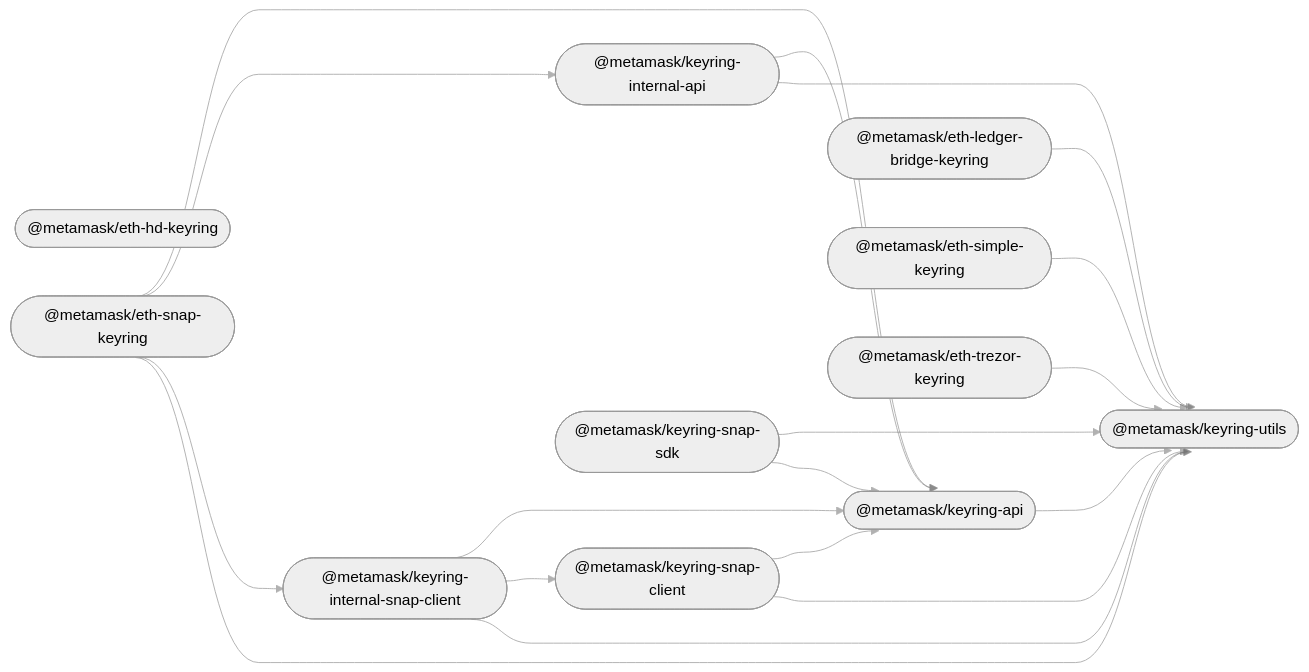
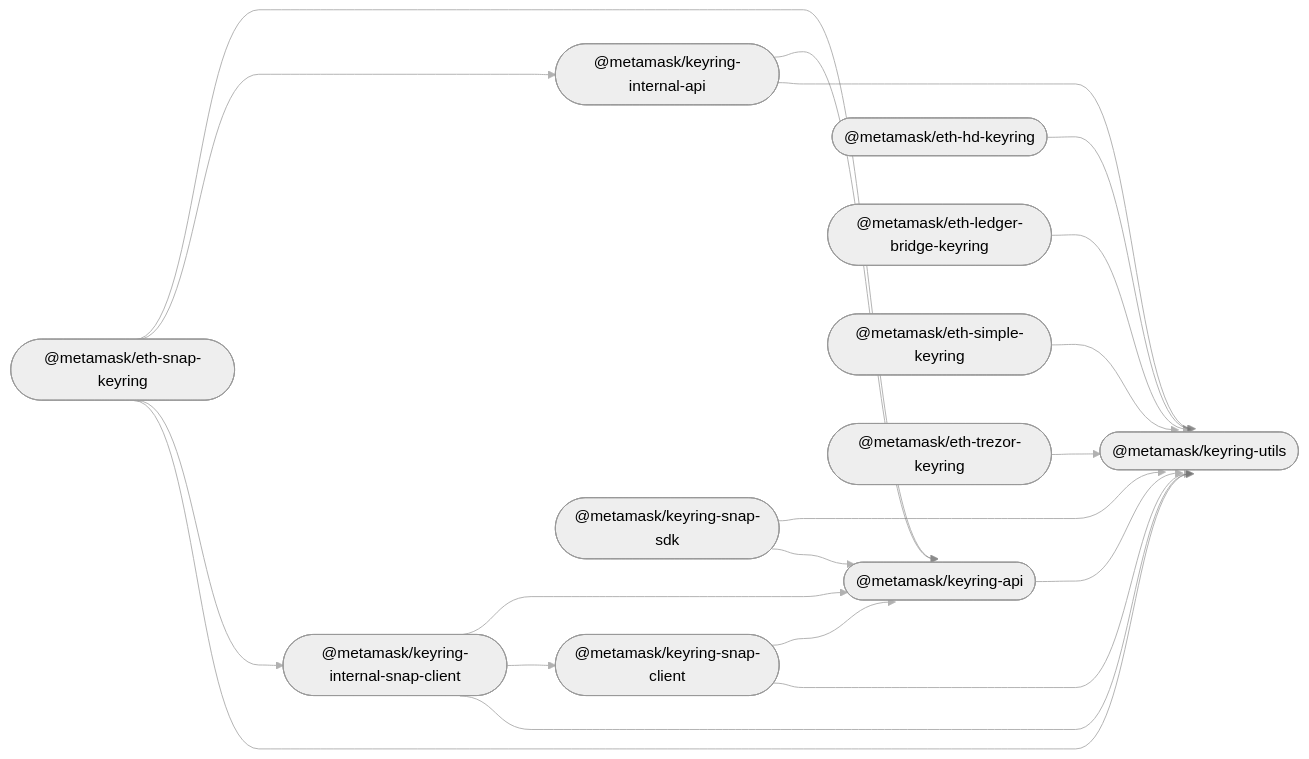
One commit to MetaMask/accounts changed the diagram in README.md. Above: the diagram before and after it, drawn with Mermaid (neutral theme).

````diff
--- a/README.md
+++ b/README.md
@@ -33,33 +33,34 @@
 ```mermaid
 %%{ init: { 'flowchart': { 'curve': 'bumpX' } } }%%
 graph LR;
 linkStyle default opacity:0.5
   keyring_api(["@metamask/keyring-api"]);
   eth_hd_keyring(["@metamask/eth-hd-keyring"]);
   eth_ledger_bridge_keyring(["@metamask/eth-ledger-bridge-keyring"]);
   eth_simple_keyring(["@metamask/eth-simple-keyring"]);
   eth_trezor_keyring(["@metamask/eth-trezor-keyring"]);
   keyring_internal_api(["@metamask/keyring-internal-api"]);
   keyring_internal_snap_client(["@metamask/keyring-internal-snap-client"]);
   eth_snap_keyring(["@metamask/eth-snap-keyring"]);
   keyring_snap_client(["@metamask/keyring-snap-client"]);
   keyring_snap_sdk(["@metamask/keyring-snap-sdk"]);
   keyring_utils(["@metamask/keyring-utils"]);
   keyring_api --> keyring_utils;
+  eth_hd_keyring --> keyring_utils;
   eth_ledger_bridge_keyring --> keyring_utils;
   eth_simple_keyring --> keyring_utils;
   eth_trezor_keyring --> keyring_utils;
   keyring_internal_api --> keyring_api;
   keyring_internal_api --> keyring_utils;
   keyring_internal_snap_client --> keyring_api;
   keyring_internal_snap_client --> keyring_snap_client;
   keyring_internal_snap_client --> keyring_utils;
   eth_snap_keyring --> keyring_api;
   eth_snap_keyring --> keyring_internal_api;
   eth_snap_keyring --> keyring_internal_snap_client;
   eth_snap_keyring --> keyring_utils;
   keyring_snap_client --> keyring_api;
   keyring_snap_client --> keyring_utils;
   keyring_snap_sdk --> keyring_utils;
   keyring_snap_sdk --> keyring_api;
 ```
````
